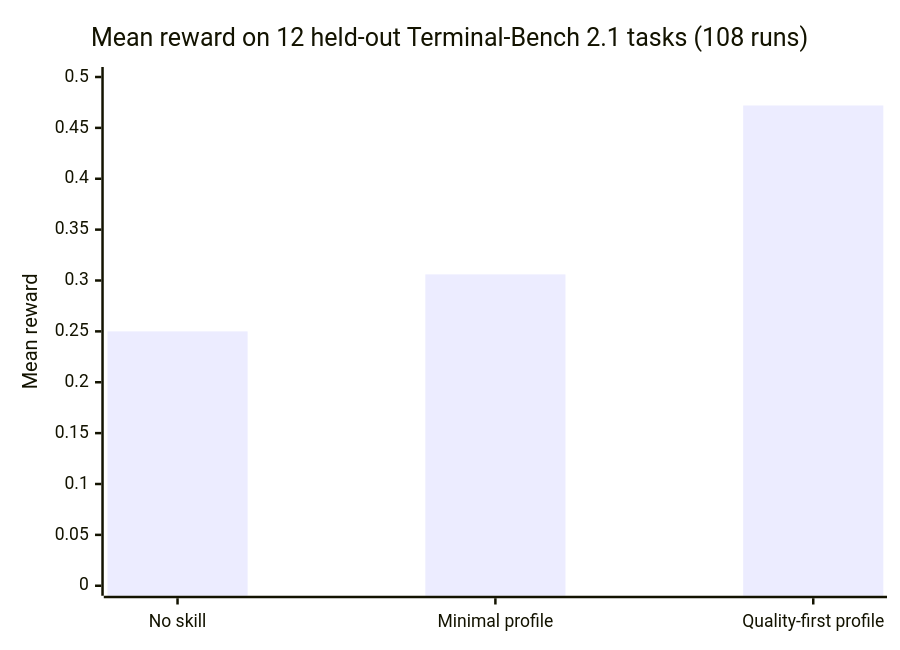
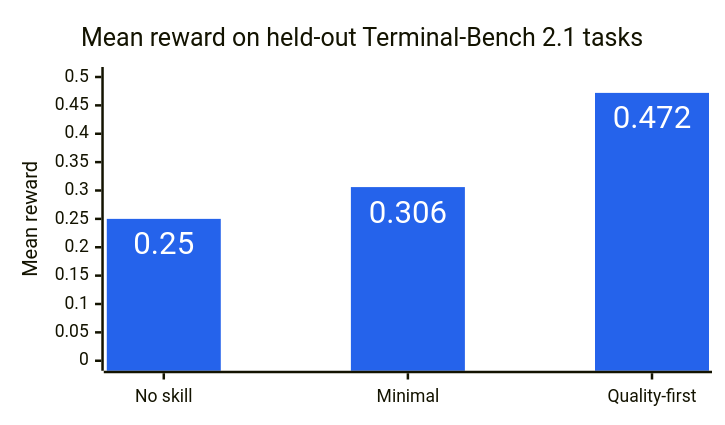
One commit to shijiew/back-to-basics-skills changed the first of 2 diagrams in README.md. Above: the diagram before and after it, drawn with Mermaid. The commit also changed other lines of this file and 1 other file, not shown here.

First line of the commit message:
Enhance README charts: data labels, accent colors, tighter layout

````diff
--- a/README.md
+++ b/README.md
@@ -33,7 +33,18 @@
 ```mermaid
+---
+config:
+    xyChart:
+        width: 560
+        height: 320
+        showDataLabel: true
+    themeVariables:
+        xyChart:
+            plotColorPalette: "#2563eb"
+            dataLabelColor: "#ffffff"
+---
 xychart-beta
-    title "Mean reward on 12 held-out Terminal-Bench 2.1 tasks (108 runs)"
-    x-axis ["No skill", "Minimal profile", "Quality-first profile"]
+    title "Mean reward on held-out Terminal-Bench 2.1 tasks"
+    x-axis ["No skill", "Minimal", "Quality-first"]
     y-axis "Mean reward" 0 --> 0.5
     bar [0.250, 0.306, 0.472]
 ```
````
